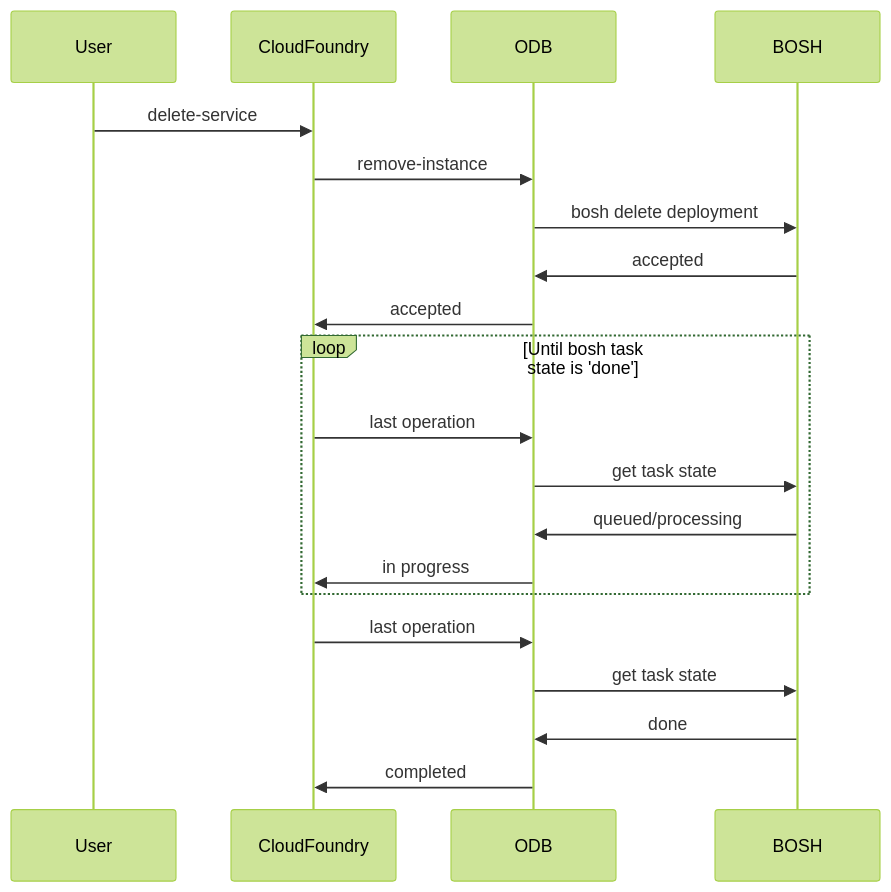
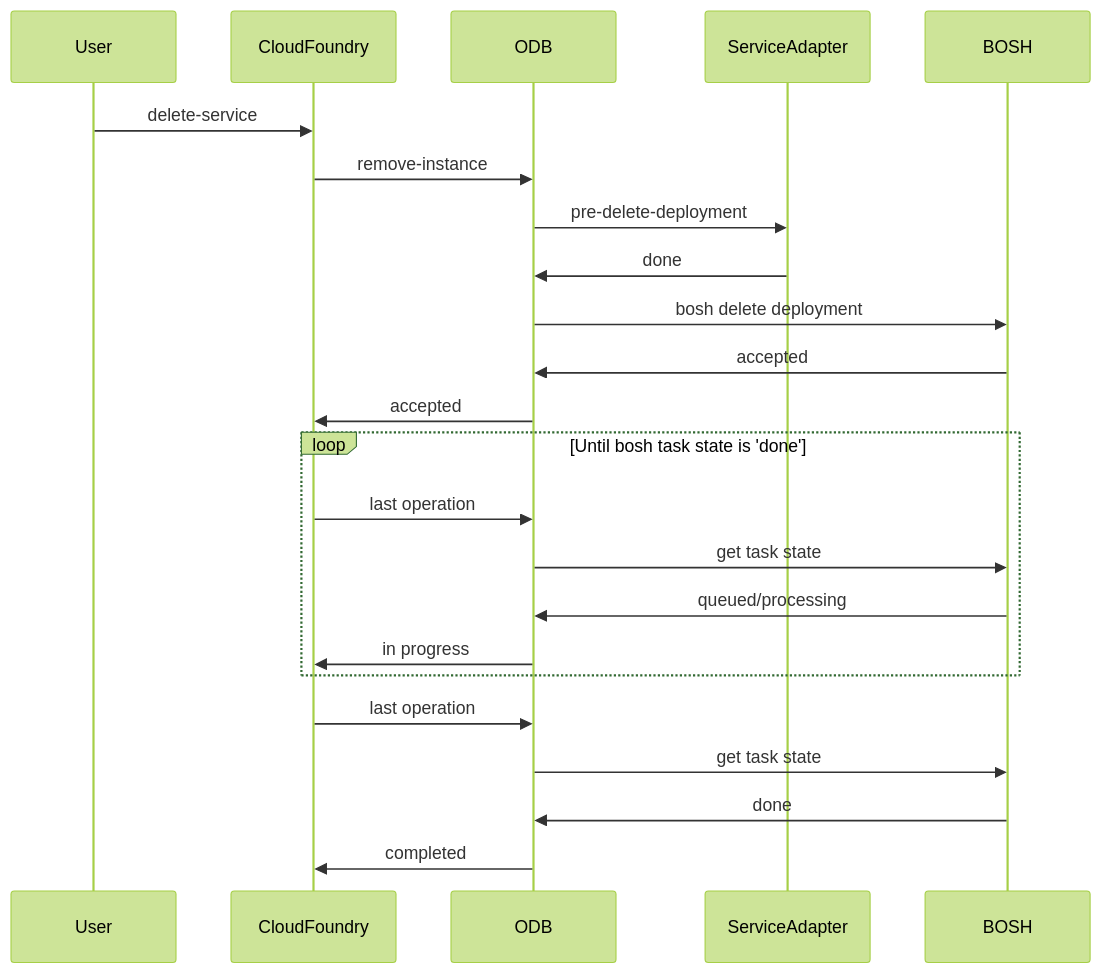
Before and after one commit to pivotal-cf/docs-on-demand-service-broker: the diagram in mmd/delete_service_workflow.mmd, drawn with Mermaid (forest theme). The commit also changed 3 other files, not shown here.

Commit message:
pre-delete-deployment subcommand

```diff
--- a/mmd/delete_service_workflow.mmd
+++ b/mmd/delete_service_workflow.mmd
@@ -1,16 +1,18 @@
 sequenceDiagram
   User->>CloudFoundry:delete-service
   CloudFoundry->>ODB:remove-instance
+  ODB->>ServiceAdapter:pre-delete-deployment
+  ServiceAdapter->>ODB:done
   ODB->>BOSH:bosh delete deployment
   BOSH->>ODB:accepted
   ODB->>CloudFoundry:accepted
   loop Until bosh task state is 'done'
     CloudFoundry->>ODB:last operation
     ODB->>BOSH:get task state
     BOSH->>ODB:queued/processing
     ODB->>CloudFoundry:in progress
   end
   CloudFoundry->>ODB:last operation
   ODB->>BOSH:get task state
   BOSH->>ODB:done
   ODB->>CloudFoundry:completed
```
